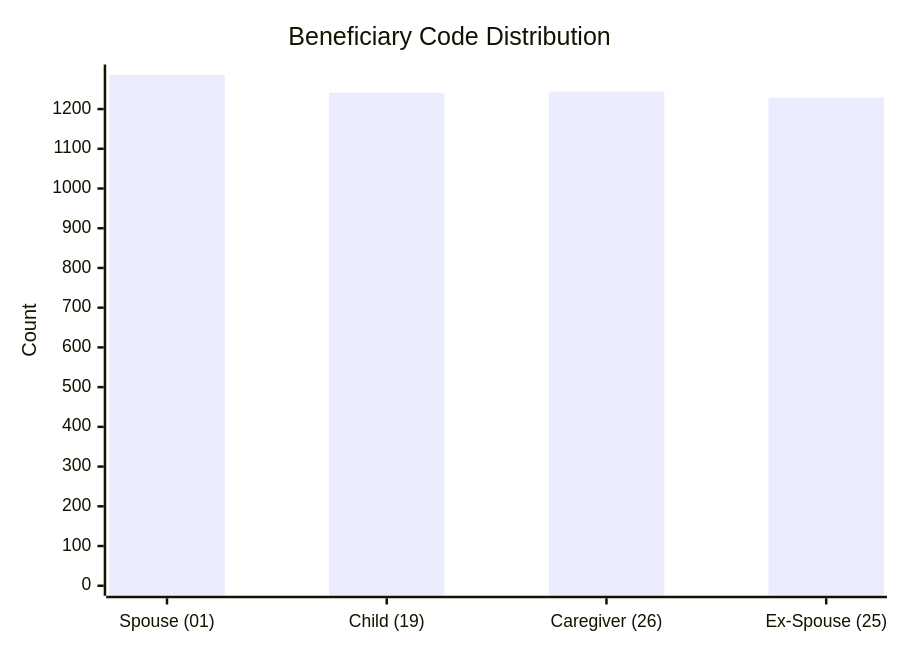
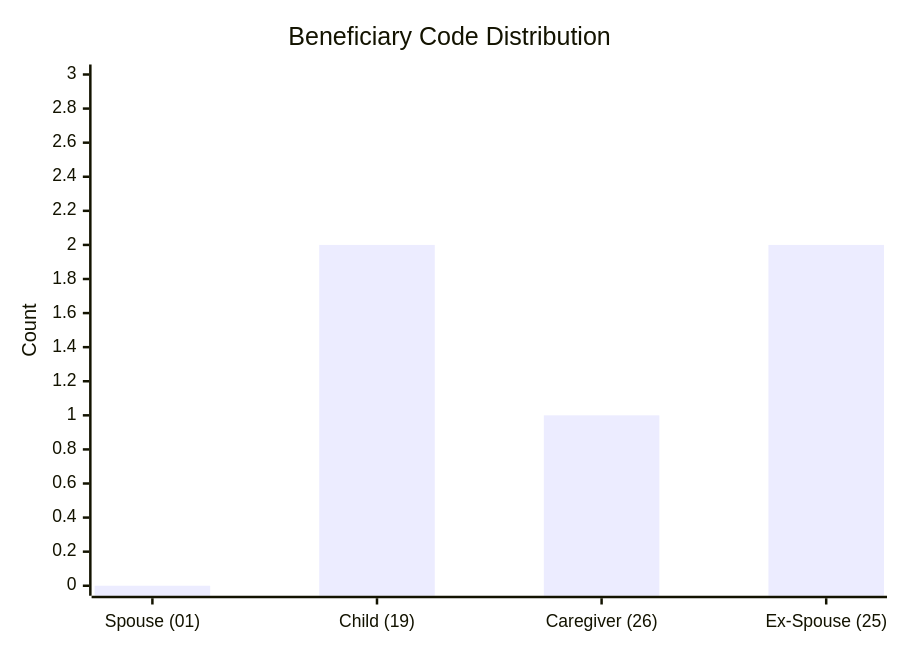
One commit to dhagan-va/intern-2025 changed the seventh of 10 diagrams in test-tools/DataGen/src/Statistics_Visualizer.md. Above: the diagram before and after it, drawn with Mermaid. The commit also changed other lines of this file and 6 other files, not shown here.

````diff
--- a/test-tools/DataGen/src/Statistics_Visualizer.md
+++ b/test-tools/DataGen/src/Statistics_Visualizer.md
@@ -76,7 +76,7 @@
 ```mermaid
 xychart-beta
     title "Beneficiary Code Distribution"
     x-axis ["Spouse (01)", "Child (19)", "Caregiver (26)", "Ex-Spouse (25)"]
-    y-axis "Count" 0 --> 1287
-    bar [1286, 1241, 1244, 1229]
+    y-axis "Count" 0 --> 3
+    bar [0, 2, 1, 2]
 ```
````
